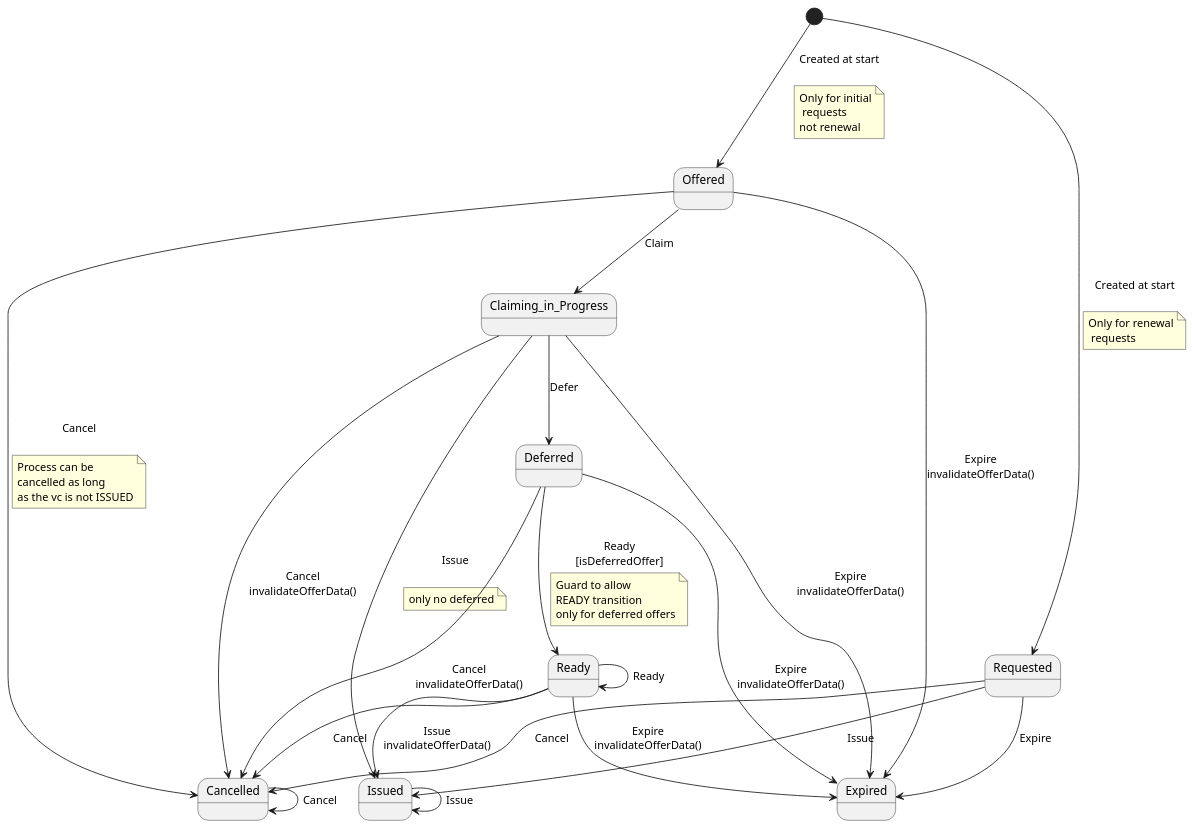
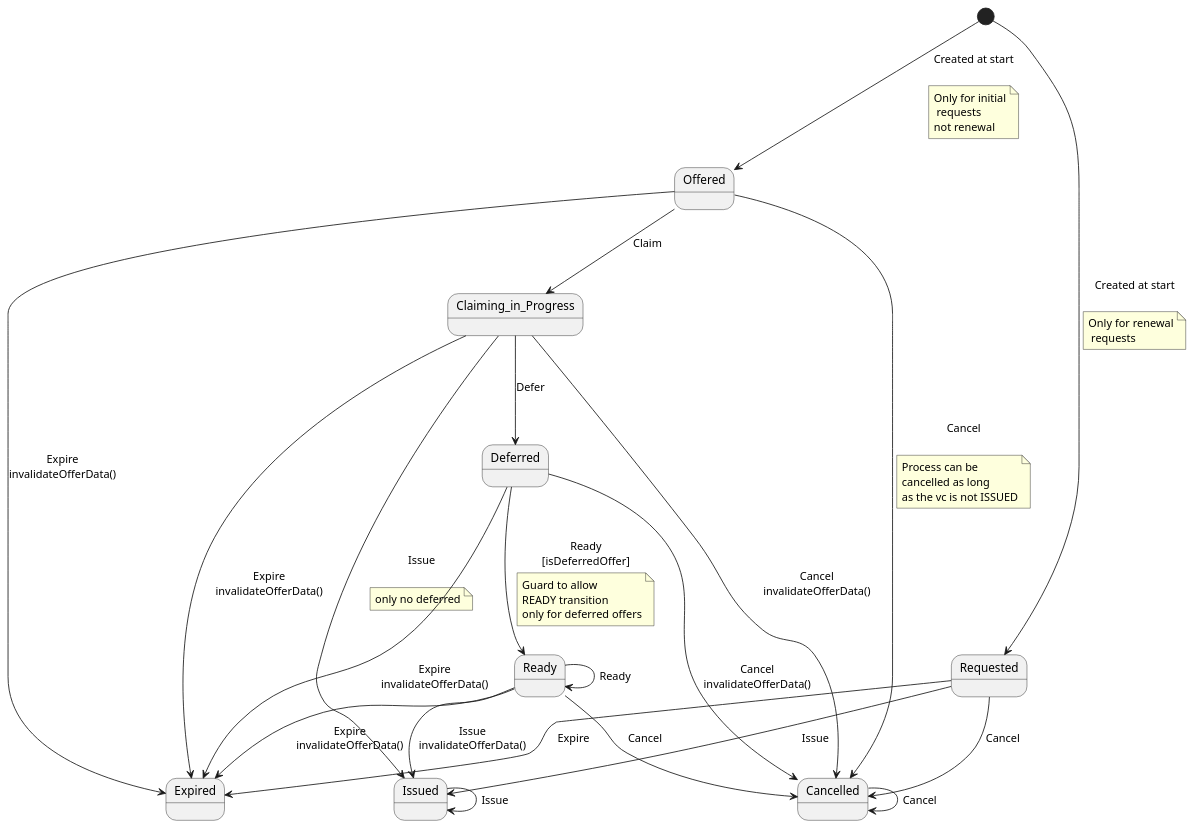
The diagram in issuer-service/src/main/resources/plantuml/credentialOfferStateMachine.puml (swiyu-admin-ch/swiyu-issuer), drawn with PlantUML before and after one commit. The commit also changed 38 other files, not shown here.

```diff
--- a/issuer-service/src/main/resources/plantuml/credentialOfferStateMachine.puml
+++ b/issuer-service/src/main/resources/plantuml/credentialOfferStateMachine.puml
@@ -1,60 +1,58 @@
 @startuml
+state Ready
+state Issued
+state Cancelled
 state Expired
-state Cancelled
-state Ready
 state Claiming_in_Progress
+state Offered
+state Requested
 state Deferred
-state Offered
-state Issued
-state Requested
-state Cancelled
-state Issued
 [*] --> Offered : Created at start\n
 note on link
 Only for initial
  requests
 not renewal
 end note
 
 [*] --> Requested : Created at start\n
 note on link
 Only for renewal
  requests
 end note
 
 Requested --> Issued : Issue
 Requested --> Cancelled : Cancel
 Requested --> Expired : Expire
 Offered --> Cancelled : Cancel\n
 note on link
 Process can be
 cancelled as long
 as the vc is not ISSUED
 end note
 
 Offered --> Expired : Expire\ninvalidateOfferData()
 Offered --> Claiming_in_Progress : Claim
 Claiming_in_Progress --> Expired : Expire\ninvalidateOfferData()
 Claiming_in_Progress --> Deferred : Defer
 Claiming_in_Progress --> Issued : Issue\n
 note on link
 only no deferred
 end note
 
 Claiming_in_Progress --> Cancelled : Cancel\ninvalidateOfferData()
 Deferred --> Ready : Ready\n[isDeferredOffer]
 note on link
 Guard to allow
 READY transition
 only for deferred offers
 end note
 
 Deferred --> Expired : Expire\ninvalidateOfferData()
 Deferred --> Cancelled : Cancel\ninvalidateOfferData()
 Ready --> Issued : Issue\ninvalidateOfferData()
 Ready --> Expired : Expire\ninvalidateOfferData()
 Ready --> Cancelled : Cancel
 Ready --> Ready : Ready
 Issued --> Issued : Issue
 Cancelled --> Cancelled : Cancel
 @enduml
```
